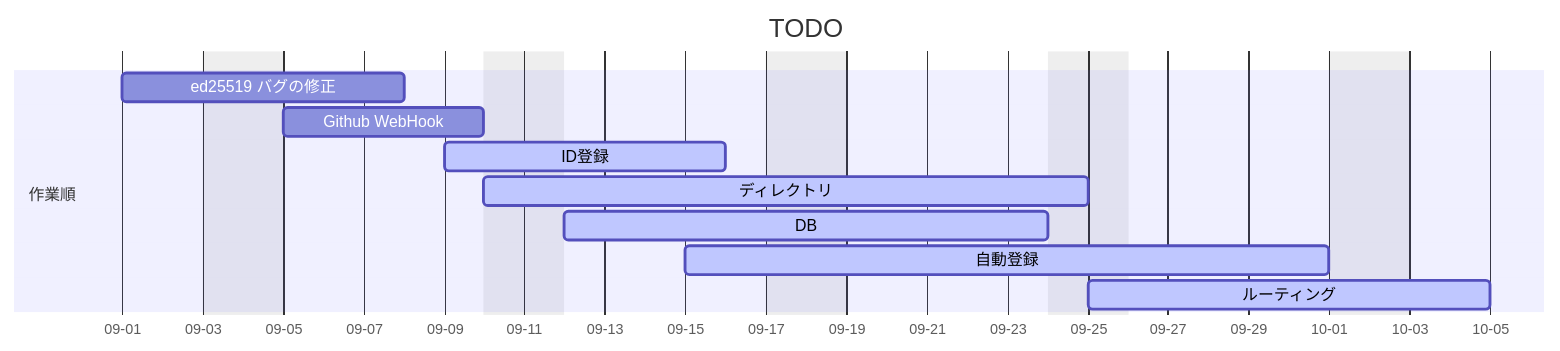
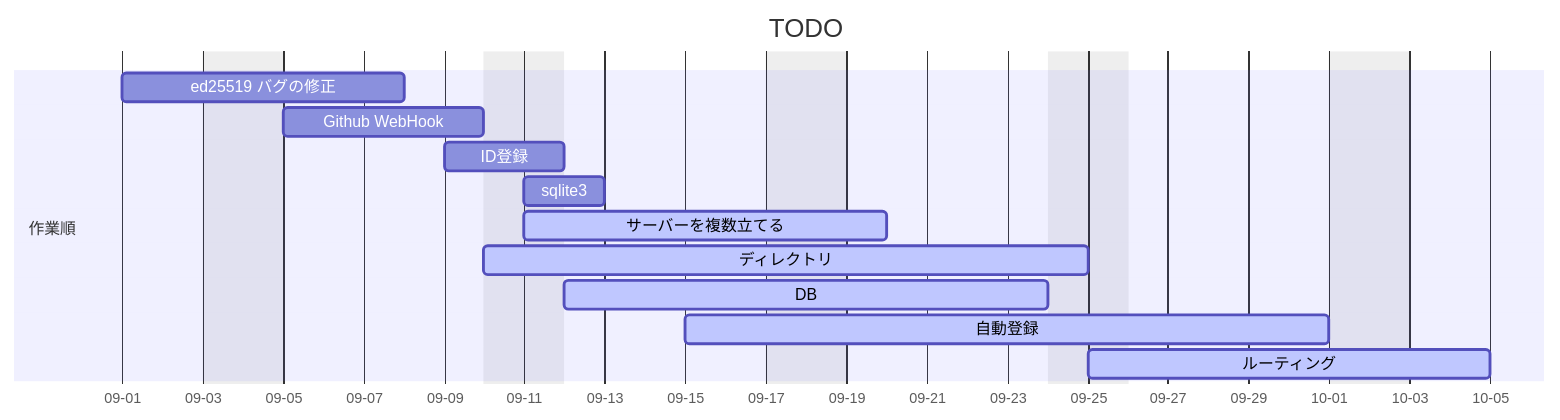
Before and after one commit to toshirot/w2w: the first of 8 diagrams in README.md, drawn with Mermaid. The commit also changed other lines of this file, not shown here.

````diff
--- a/README.md
+++ b/README.md
@@ -45,15 +46,17 @@
 ```mermaid
   gantt
     title TODO
     dateFormat  YYYY-MM-DD
     axisFormat  %m-%d
     excludes    weekends
     section 作業順
     ed25519 バグの修正       :done a, 2022-09-01, 5d
     Github WebHook          :done b, 2022-09-05, 2022-09-10
-    ID登録                   :active, 2022-09-09,5d
+    ID登録                   :done c, 2022-09-09,  2022-09-12
+    sqlite3                  :done d, 2022-09-11, 2022-09-13
+    サーバーを複数立てる      :active, 2022-09-11, 2022-09-20
     ディレクトリ            :active, 2022-09-10, 2022-09-25 
     DB                      :active, after b, 10d
     自動登録                 :active, 2022-09-15, 12d
     ルーティング           :active, 2022-09-25, 2022-10-05
 ```
````
